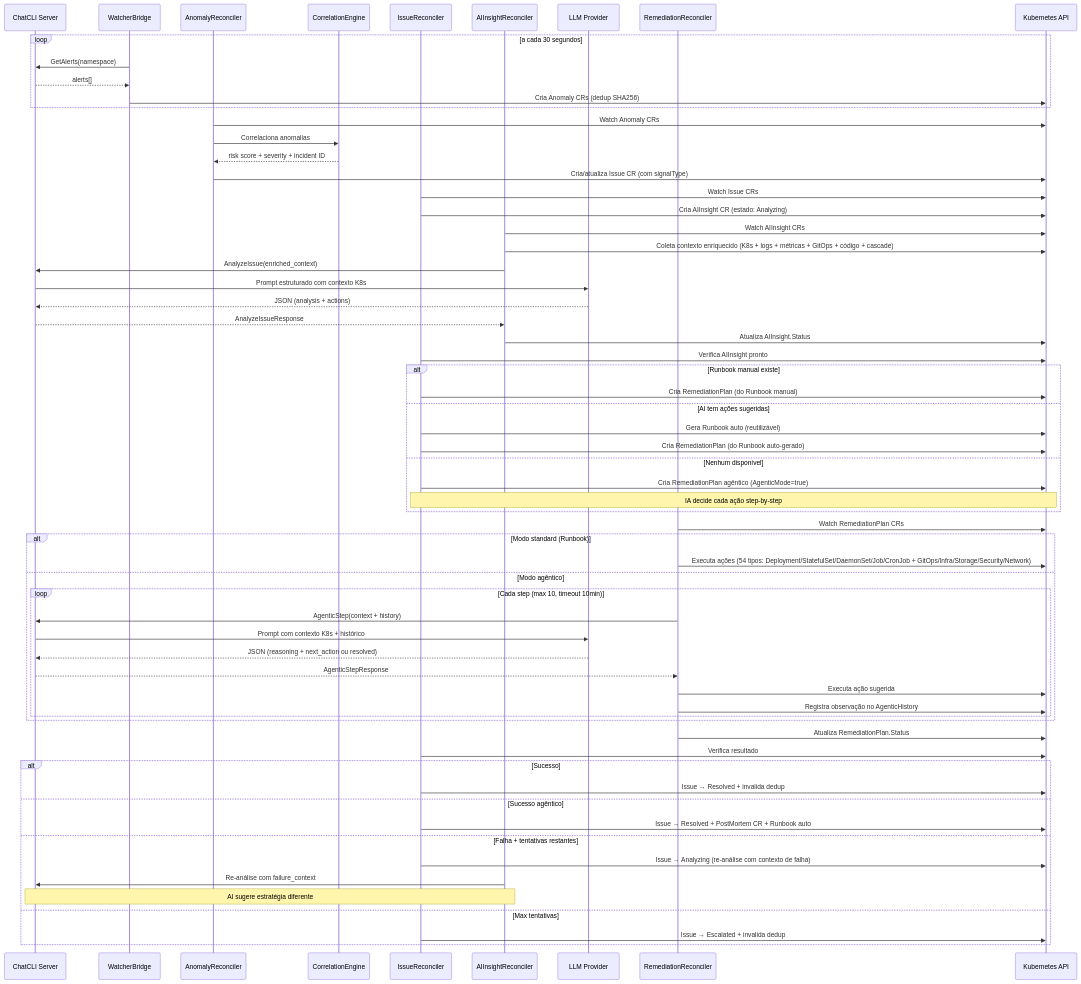
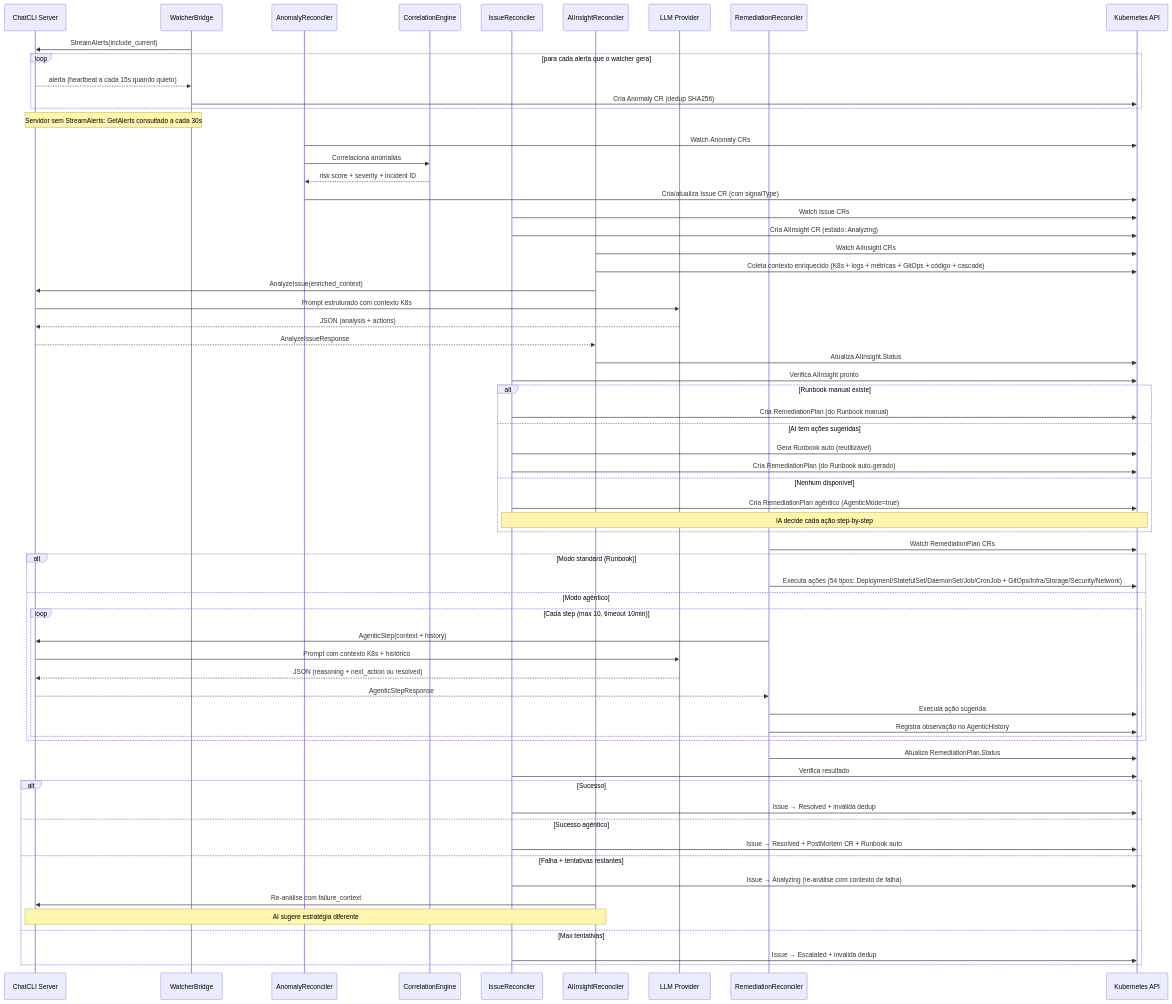
Before and after one commit to diillson/chatcli.ai: the first of 3 diagrams in pt/features/aiops-platform.mdx, drawn with Mermaid. The commit also changed other lines of this file and 7 other files, not shown here.

Commit message:
docs: StreamAlerts RPC and the operator's stream-first watcher bridge

````diff
--- a/pt/features/aiops-platform.mdx
+++ b/pt/features/aiops-platform.mdx
@@ -16,74 +16,75 @@
 ```mermaid
 sequenceDiagram
     participant Server as ChatCLI Server
     participant WB as WatcherBridge
     participant AR as AnomalyReconciler
     participant CE as CorrelationEngine
     participant IR as IssueReconciler
     participant AIR as AIInsightReconciler
     participant LLM as LLM Provider
     participant RR as RemediationReconciler
     participant K8s as Kubernetes API
 
-    loop a cada 30 segundos
-        WB->>Server: GetAlerts(namespace)
-        Server-->>WB: alerts[]
-        WB->>K8s: Cria Anomaly CRs (dedup SHA256)
+    WB->>Server: StreamAlerts(include_current)
+    loop para cada alerta que o watcher gera
+        Server-->>WB: alerta (heartbeat a cada 15s quando quieto)
+        WB->>K8s: Cria Anomaly CR (dedup SHA256)
     end
+    Note over WB,Server: Servidor sem StreamAlerts: GetAlerts consultado a cada 30s
 
     AR->>K8s: Watch Anomaly CRs
     AR->>CE: Correlaciona anomalias
     CE-->>AR: risk score + severity + incident ID
     AR->>K8s: Cria/atualiza Issue CR (com signalType)
 
     IR->>K8s: Watch Issue CRs
     IR->>K8s: Cria AIInsight CR (estado: Analyzing)
 
     AIR->>K8s: Watch AIInsight CRs
     AIR->>K8s: Coleta contexto enriquecido (K8s + logs + métricas + GitOps + código + cascade)
     AIR->>Server: AnalyzeIssue(enriched_context)
     Server->>LLM: Prompt estruturado com contexto K8s
     LLM-->>Server: JSON (analysis + actions)
     Server-->>AIR: AnalyzeIssueResponse
     AIR->>K8s: Atualiza AIInsight.Status
 
     IR->>K8s: Verifica AIInsight pronto
     alt Runbook manual existe
         IR->>K8s: Cria RemediationPlan (do Runbook manual)
     else AI tem ações sugeridas
         IR->>K8s: Gera Runbook auto (reutilizável)
         IR->>K8s: Cria RemediationPlan (do Runbook auto-gerado)
     else Nenhum disponível
         IR->>K8s: Cria RemediationPlan agêntico (AgenticMode=true)
         Note over IR,K8s: IA decide cada ação step-by-step
     end
 
     RR->>K8s: Watch RemediationPlan CRs
 
     alt Modo standard (Runbook)
         RR->>K8s: Executa ações (54 tipos: Deployment/StatefulSet/DaemonSet/Job/CronJob + GitOps/Infra/Storage/Security/Network)
     else Modo agêntico
         loop Cada step (max 10, timeout 10min)
             RR->>Server: AgenticStep(context + history)
             Server->>LLM: Prompt com contexto K8s + histórico
             LLM-->>Server: JSON (reasoning + next_action ou resolved)
             Server-->>RR: AgenticStepResponse
             RR->>K8s: Executa ação sugerida
             RR->>K8s: Registra observação no AgenticHistory
         end
     end
     RR->>K8s: Atualiza RemediationPlan.Status
 
     IR->>K8s: Verifica resultado
     alt Sucesso
         IR->>K8s: Issue → Resolved + invalida dedup
     else Sucesso agêntico
         IR->>K8s: Issue → Resolved + PostMortem CR + Runbook auto
     else Falha + tentativas restantes
         IR->>K8s: Issue → Analyzing (re-análise com contexto de falha)
         AIR->>Server: Re-análise com failure_context
         Note over AIR,Server: AI sugere estratégia diferente
     else Max tentativas
         IR->>K8s: Issue → Escalated + invalida dedup
     end
 ```
````
